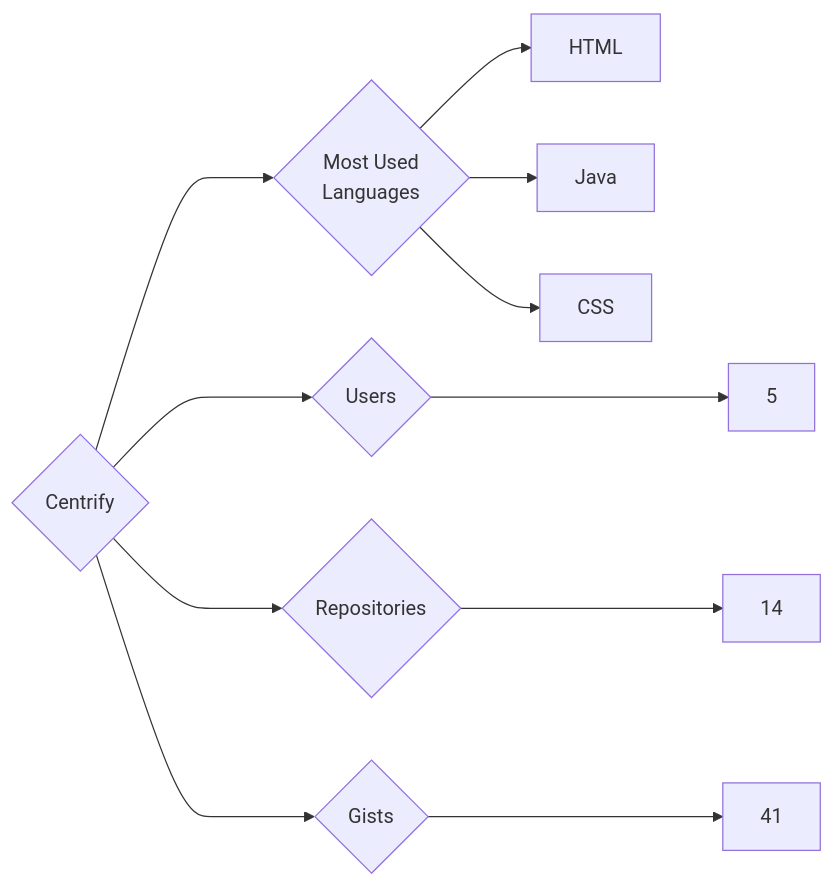
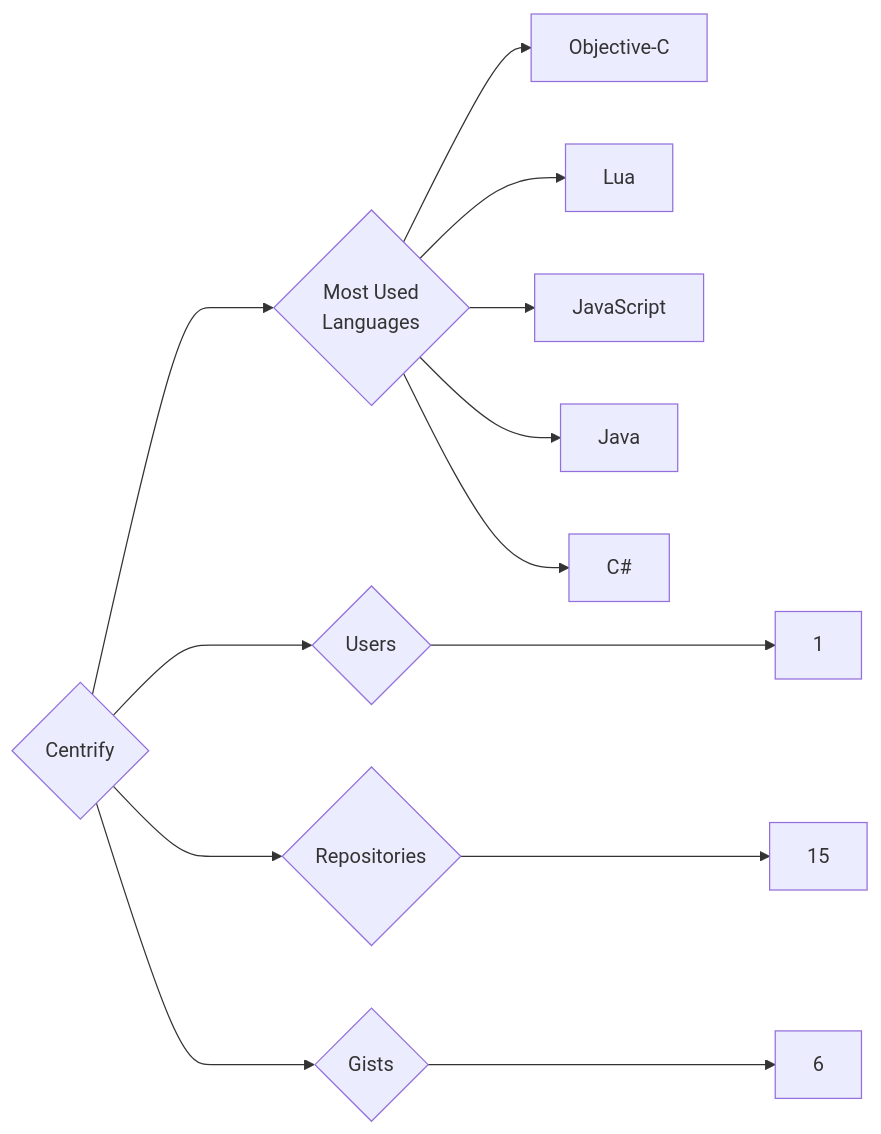
The diagram in targets/Centrify/README.md (trickest/insiders), drawn with Mermaid before and after one commit. The commit also changed 1167 other files, not shown here.

````diff
--- a/targets/Centrify/README.md
+++ b/targets/Centrify/README.md
@@ -3,11 +3,13 @@
 ```mermaid
 graph LR
 COMPANY_NAME{Centrify}
-COMPANY_NAME ---> U{Users} ---> UN[5]
-COMPANY_NAME ---> R{Repositories} ---> RN[14]
-COMPANY_NAME ---> G{Gists} ---> GN[41]
+COMPANY_NAME ---> U{Users} ---> UN[1]
+COMPANY_NAME ---> R{Repositories} ---> RN[15]
+COMPANY_NAME ---> G{Gists} ---> GN[6]
 COMPANY_NAME ---> ML{Most Used<br>Languages}
-ML --> HTML[HTML]
+ML --> Objective-C[Objective-C]
+ML --> Lua[Lua]
+ML --> JavaScript[JavaScript]
 ML --> Java[Java]
-ML --> CSS[CSS]
+ML --> C#[C#]
 ```
````
